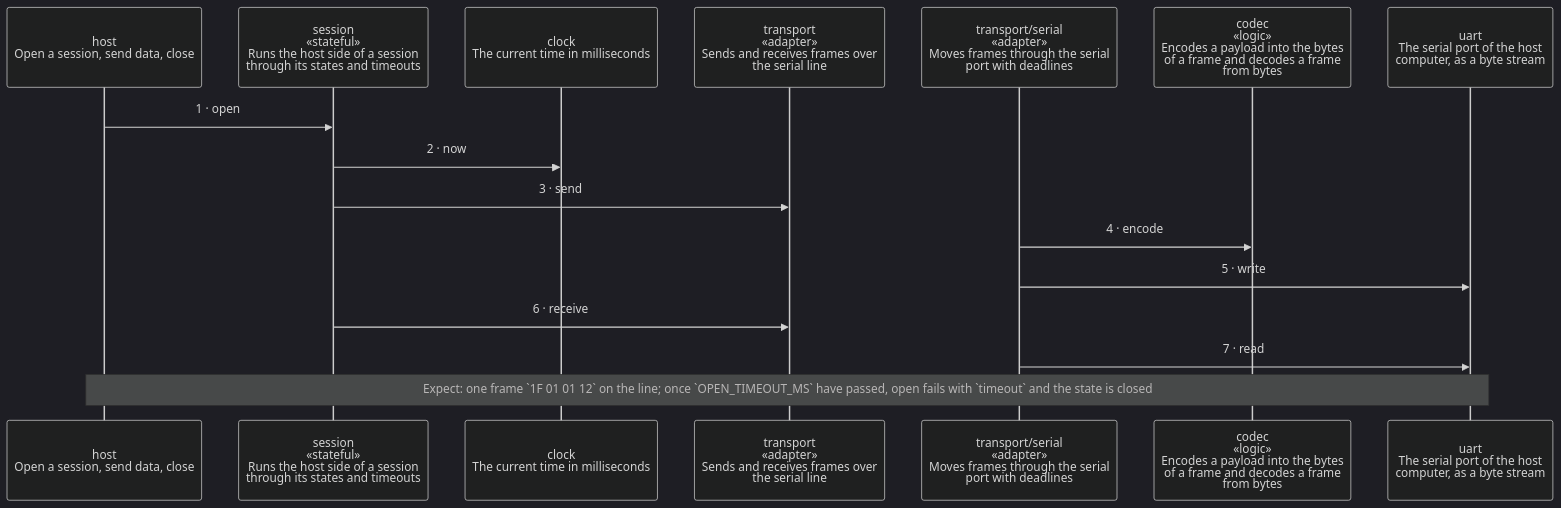
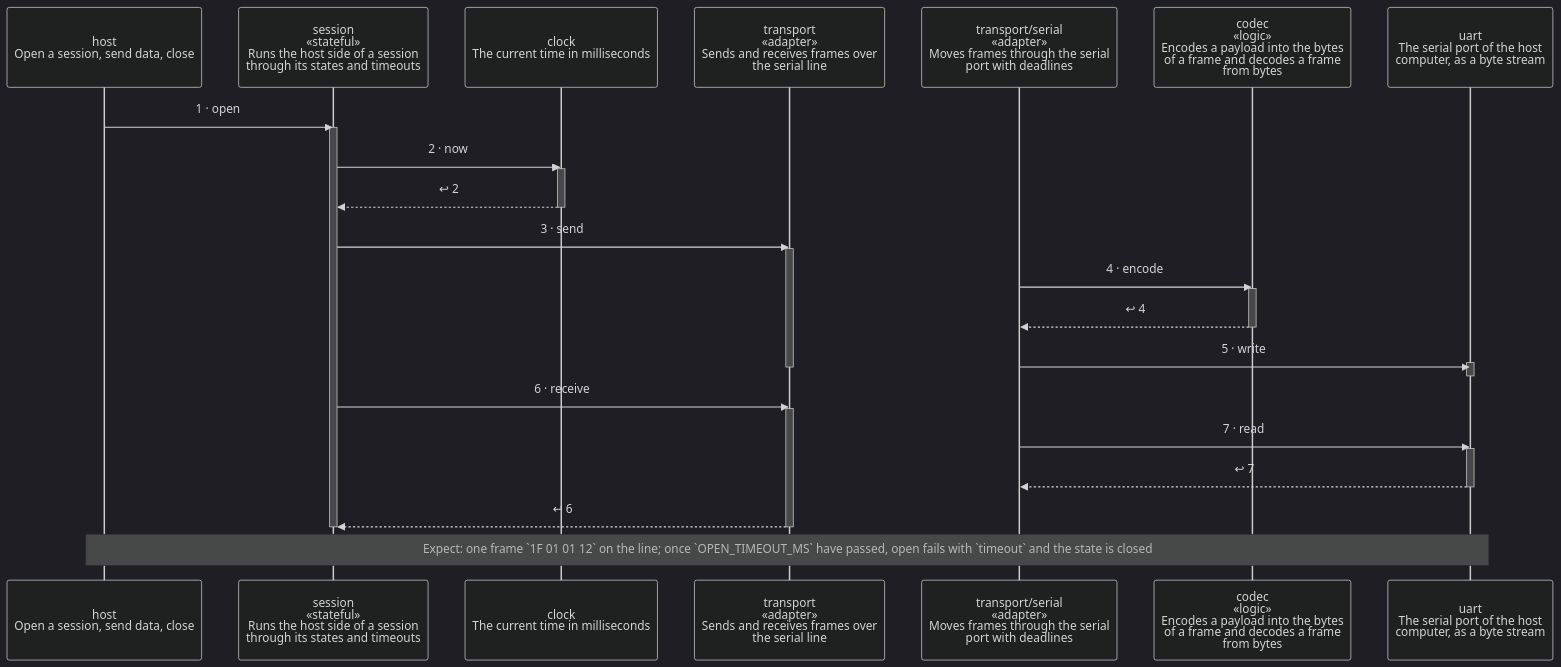
Before and after one commit to wackazong/unifold: the diagram in examples/serial-line/docs/diagrams/scenario-open-times-out.md, drawn with Mermaid (dark theme). The commit also changed other lines of this file and 25 other files, not shown here.

````diff
--- a/examples/serial-line/docs/diagrams/scenario-open-times-out.md
+++ b/examples/serial-line/docs/diagrams/scenario-open-times-out.md
@@ -12,23 +12,41 @@
 ```mermaid
 ---
 config:
   sequence:
     height: 108
 ---
 sequenceDiagram
   participant phost as host<br/>Open a session, send data, close
   participant psession as session<br/>«stateful»<br/>Runs the host side of a session<br/>through its states and timeouts
   participant pclock as clock<br/>The current time in milliseconds
   participant ptransport as transport<br/>«adapter»<br/>Sends and receives frames over<br/>the serial line
   participant ptransport__serial as transport/serial<br/>«adapter»<br/>Moves frames through the serial<br/>port with deadlines
   participant pcodec as codec<br/>«logic»<br/>Encodes a payload into the bytes<br/>of a frame and decodes a frame<br/>from bytes
   participant puart as uart<br/>The serial port of the host<br/>computer, as a byte stream
   phost->>psession: 1 · open
+  activate psession
   psession->>pclock: 2 · now
+  activate pclock
+  pclock-->>psession: ↩ 2
+  deactivate pclock
   psession->>ptransport: 3 · send
+  activate ptransport
   ptransport__serial->>pcodec: 4 · encode
+  activate pcodec
+  pcodec-->>ptransport__serial: ↩ 4
+  deactivate pcodec
   ptransport__serial->>puart: 5 · write
+  activate puart
+  deactivate puart
+  deactivate ptransport
   psession->>ptransport: 6 · receive
+  activate ptransport
   ptransport__serial->>puart: 7 · read
+  activate puart
+  puart-->>ptransport__serial: ↩ 7
+  deactivate puart
+  ptransport-->>psession: ↩ 6
+  deactivate ptransport
+  deactivate psession
   Note over phost,puart: wrap: Expect: one frame `1F 01 01 12` on the line#59; once `OPEN_TIMEOUT_MS` have passed, open fails with `timeout` and the state is closed
 ```
````
